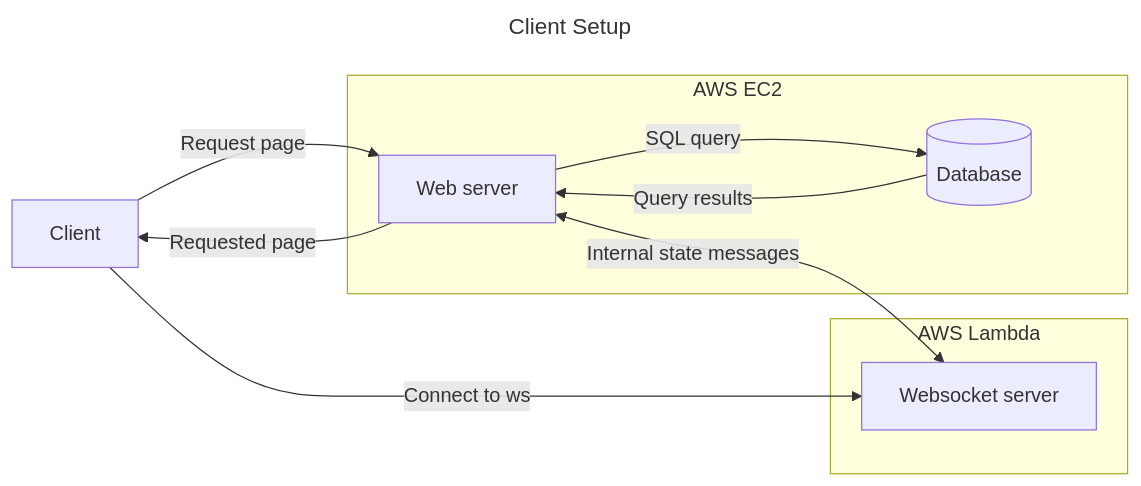
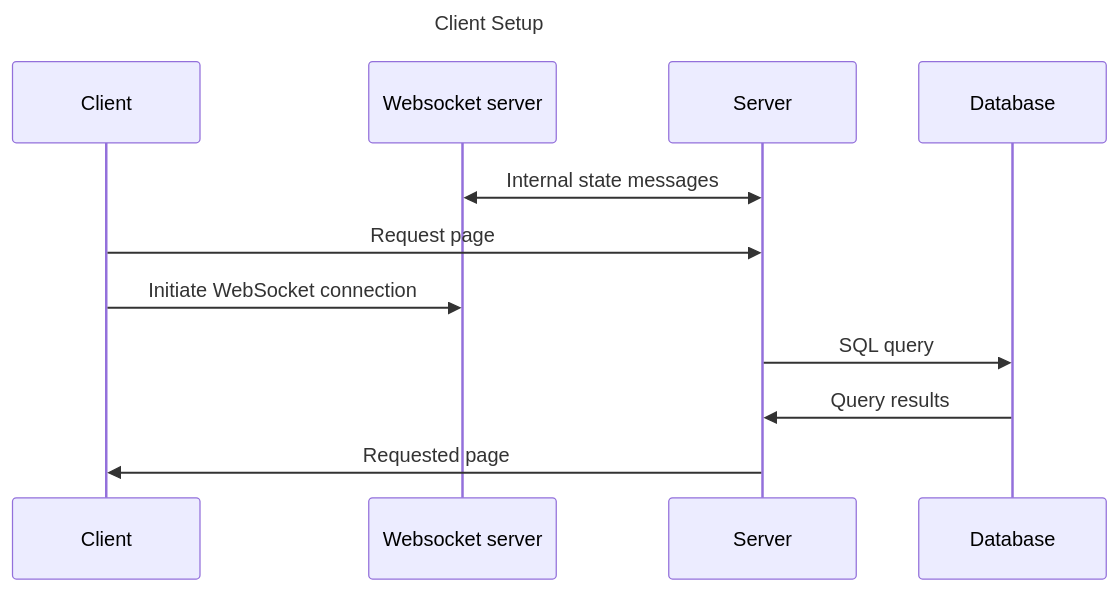
Before and after one commit to Tasktix/Tasktix: the second of 3 diagrams in docs/architecture.md, drawn with Mermaid. The commit also changed other lines of this file, not shown here.

Commit message:
Update architecture diagrams and add context

````diff
--- a/docs/architecture.md
+++ b/docs/architecture.md
@@ -30,26 +57,18 @@
 ```mermaid
 ---
 title: Client Setup
 ---
-flowchart LR
-  c[Client]
-  subgraph AWS EC2
+sequenceDiagram
+  participant c as Client
+  participant w as Websocket server
+  participant s as Server
+  participant d as Database
 
-    s[Web server]
+  w<<->>s: Internal state messages
 
-    d@{shape: cyl, label: Database}
-
-  end
-  subgraph AWS Lambda
-    w[Websocket server]
-  end
-
-  c -->|Request page| s
-  s -->|Requested page| c
-
-  s -->|SQL query| d
-  d -->|Query results| s
-
-  s<-->|Internal state messages|w
-  c-->|Connect to ws|w
+  c->>s: Request page
+  c->>w: Initiate WebSocket connection
+  s->>d: SQL query
+  d->>s: Query results
+  s->>c: Requested page
 ```
````
